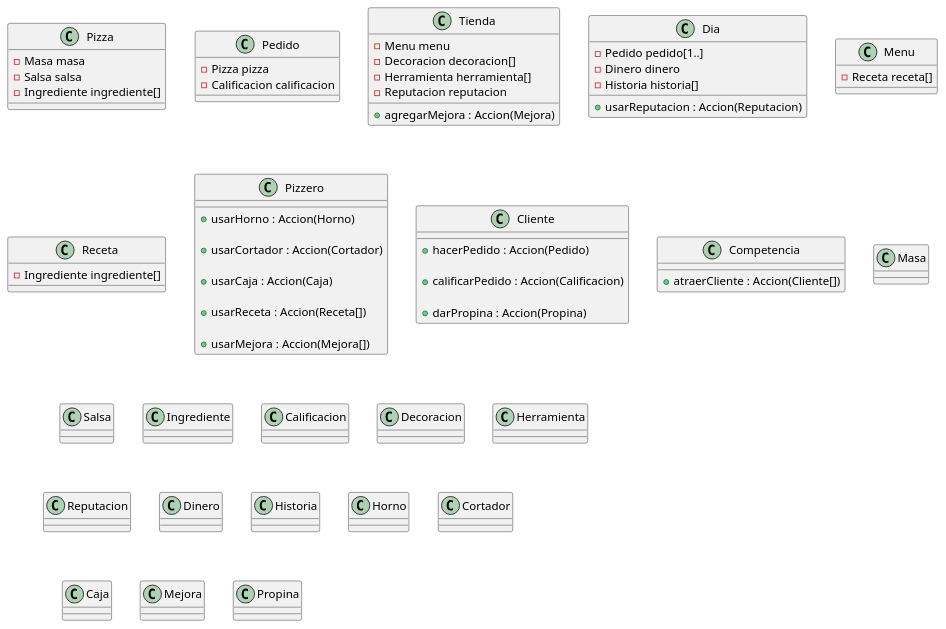
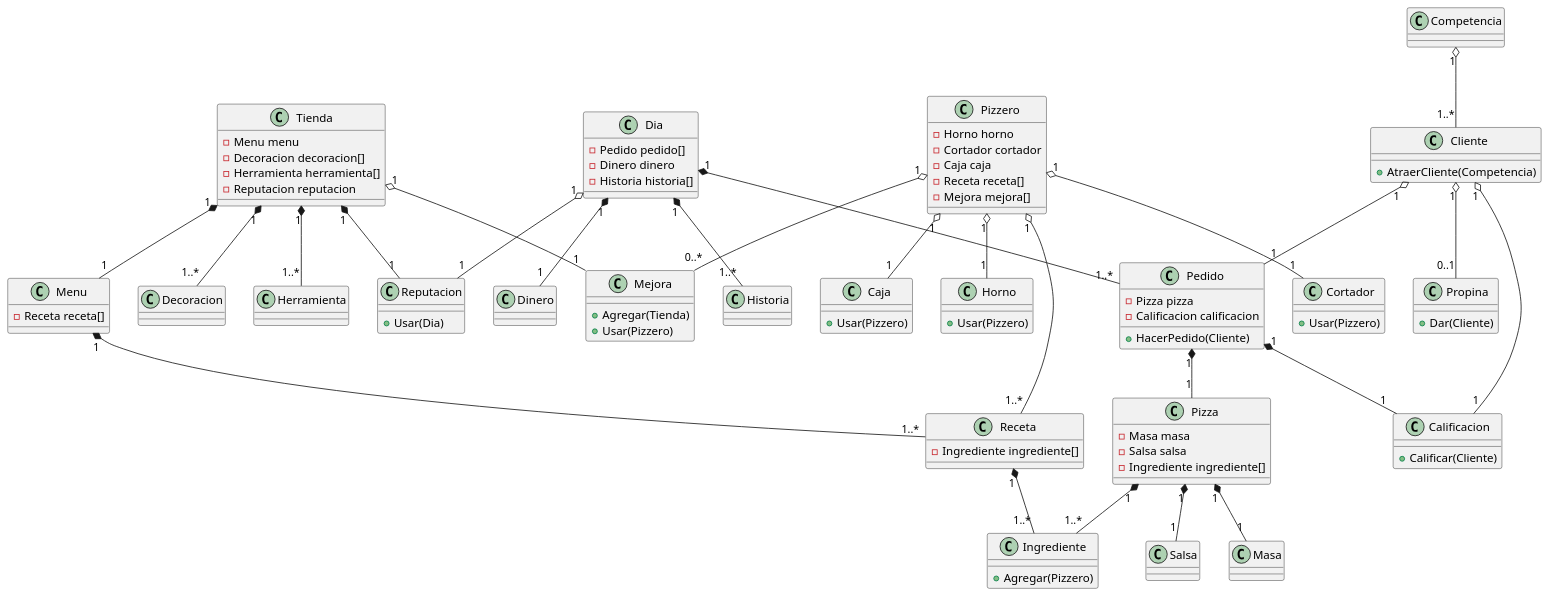
Before and after one commit to sofirdzzz/3e261: the diagram in diagrama.puml, drawn with PlantUML.

Commit message:
practica 5

```diff
--- a/diagrama.puml
+++ b/diagrama.puml
@@ -1,80 +1,120 @@
 @startuml
-class Pizza{
- -Masa masa
- -Salsa salsa
- -Ingrediente ingrediente[]
+
+class Pizza {
+  - Masa masa
+  - Salsa salsa
+  - Ingrediente ingrediente[]
 }
 
-class Pedido{
- -Pizza pizza
- -Calificacion calificacion
+class Pedido {
+  - Pizza pizza
+  - Calificacion calificacion
 }
 
-class Tienda{
- -Menu menu
- -Decoracion decoracion[]
- -Herramienta herramienta[]
- -Reputacion reputacion
-
- +agregarMejora : Accion(Mejora)
+class Tienda {
+  - Menu menu
+  - Decoracion decoracion[]
+  - Herramienta herramienta[]
+  - Reputacion reputacion
 }
 
-class Dia{
- -Pedido pedido[1..]
- -Dinero dinero
- -Historia historia[]
-
- +usarReputacion : Accion(Reputacion)
+class Dia {
+  - Pedido pedido[]
+  - Dinero dinero
+  - Historia historia[]
 }
 
-class Menu{
- -Receta receta[]
+class Menu {
+  - Receta receta[]
 }
 
-class Receta{
- -Ingrediente ingrediente[]
+class Receta {
+  - Ingrediente ingrediente[]
 }
 
-class Pizzero{
-
- +usarHorno : Accion(Horno)
-
- +usarCortador : Accion(Cortador)
-
- +usarCaja : Accion(Caja)
-
- +usarReceta : Accion(Receta[])
-
- +usarMejora : Accion(Mejora[])
+class Pizzero {
+  - Horno horno
+  - Cortador cortador
+  - Caja caja
+  - Receta receta[]
+  - Mejora mejora[]
 }
 
-class Cliente{
+class Masa {}
+class Salsa {}
 
- +hacerPedido : Accion(Pedido)
-
- +calificarPedido : Accion(Calificacion)
-
- +darPropina : Accion(Propina)
+class Ingrediente {
+  + Agregar(Pizzero) 
 }
 
-class Competencia{
-
- +atraerCliente : Accion(Cliente[])
+class Calificacion {
+  + Calificar(Cliente) 
 }
 
-class Masa{}
-class Salsa{}
-class Ingrediente{}
-class Calificacion{}
-class Decoracion{}
-class Herramienta{}
-class Reputacion{}
-class Dinero{}
-class Historia{}
-class Horno{}
-class Cortador{}
-class Caja{}
-class Mejora{}
-class Propina{}
+class Decoracion {}
+class Herramienta {}
+
+class Reputacion {
+  + Usar(Dia)
+}
+
+class Dinero {}
+class Historia {}
+
+class Horno {
+  + Usar(Pizzero) 
+}
+
+class Cortador {
+  + Usar(Pizzero) 
+}
+
+class Caja {
+  + Usar(Pizzero)
+}
+
+class Mejora {
+  + Agregar(Tienda) 
+  + Usar(Pizzero)
+}
+
+class Pedido {
+  + HacerPedido(Cliente) 
+}
+
+class Propina {
+  + Dar(Cliente) 
+}
+
+class Cliente {
+  + AtraerCliente(Competencia) 
+}
+
+Pizza    "1" *-- "1"    Masa
+Pizza    "1" *-- "1"    Salsa
+Pizza    "1" *-- "1..*" Ingrediente
+Pedido   "1" *-- "1"    Pizza
+Pedido   "1" *-- "1"    Calificacion
+Tienda   "1" *-- "1"    Menu
+Tienda   "1" *-- "1..*" Decoracion
+Tienda   "1" *-- "1..*" Herramienta
+Tienda   "1" *-- "1"    Reputacion
+Dia      "1" *-- "1..*" Pedido
+Dia      "1" *-- "1"    Dinero
+Dia      "1" *-- "1..*" Historia
+Menu     "1" *-- "1..*" Receta
+Receta   "1" *-- "1..*" Ingrediente
+
+Pizzero     "1"    o-- "1"    Horno
+Pizzero     "1"    o-- "1"    Cortador
+Pizzero     "1"    o-- "1"    Caja
+Pizzero     "1"    o-- "1..*" Receta
+Pizzero     "1"    o-- "0..*" Mejora
+Cliente     "1"    o-- "1"    Pedido
+Cliente     "1"    o-- "1"    Calificacion
+Cliente     "1"    o-- "0..1" Propina
+Competencia "1"    o-- "1..*" Cliente
+Tienda      "1"    o-- "1"    Mejora
+Dia         "1"    o-- "1"    Reputacion
 
 @enduml
```
